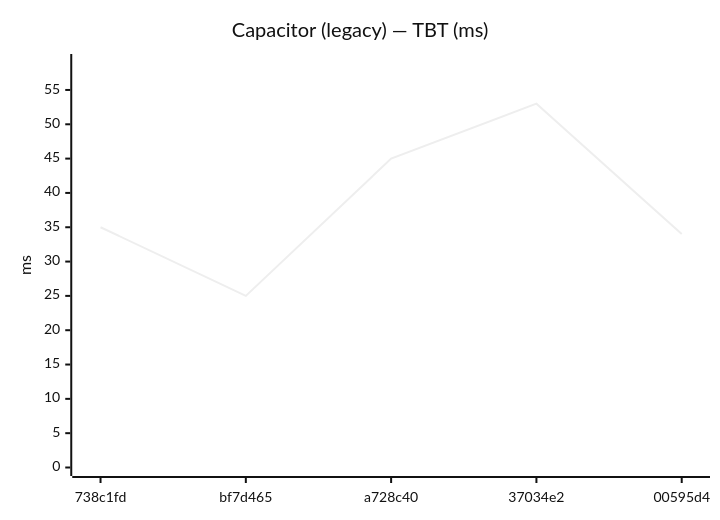
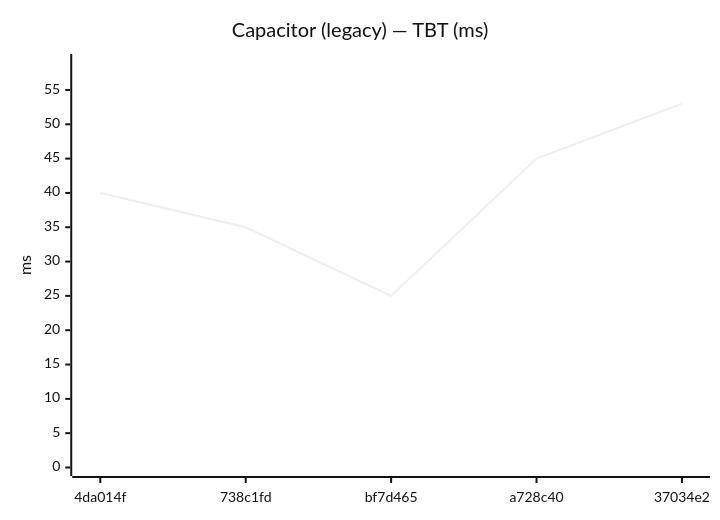
Before and after one commit to Metaheurist/Rianell: diagram 14 of 24 in benchmarks/compare.md, drawn with Mermaid (neutral theme). The commit also changed other lines of this file and 13 other files, not shown here.

````diff
--- a/benchmarks/compare.md
+++ b/benchmarks/compare.md
@@ -201,7 +201,7 @@
 ```mermaid
 xychart-beta
     title "Capacitor (legacy) — TBT (ms)"
-    x-axis ["738c1fd", "bf7d465", "a728c40", "37034e2", "00595d4"]
+    x-axis ["4da014f", "738c1fd", "bf7d465", "a728c40", "37034e2"]
     y-axis "ms" 0 --> 59
-    line [35, 25, 45, 53, 34]
+    line [40, 35, 25, 45, 53]
 ```
````
